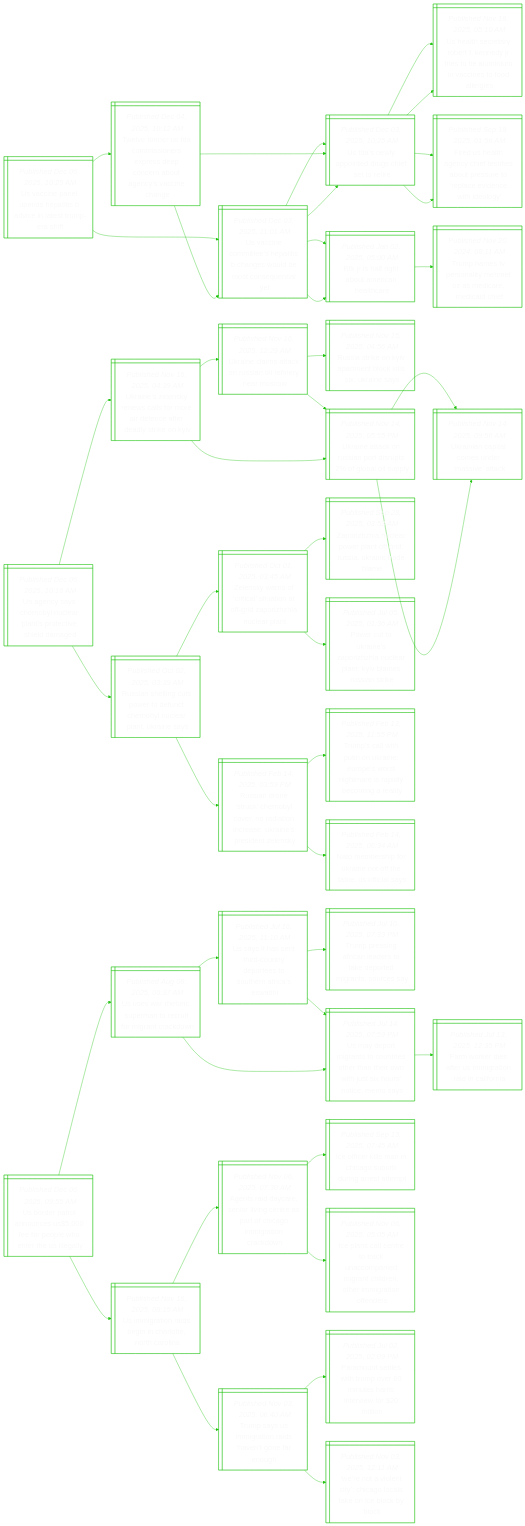
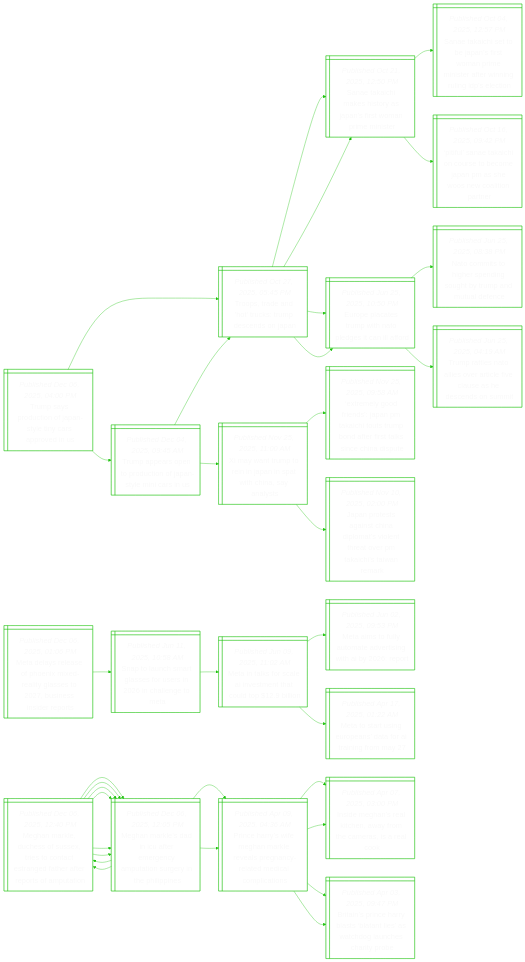
Before and after one commit to notJmes/notJmes: the diagram in README.md, drawn with Mermaid. The commit also changed other lines of this file, not shown here.

````diff
--- a/README.md
+++ b/README.md
@@ -16,136 +16,112 @@
 flowchart LR
 classDef txtsize font-size:20px;
 
-Ucaphiaetrrf@{ shape: win-pane, label: "_Published Dec 06, 2025, 10:25 AM_
-Us vaccine panel upends hepatitis b advice in latest trump-era shift" }
-Ucotethsdssny@{ shape: win-pane, label: "_Published Dec 03, 2025, 11:01 AM_
-Us vaccine committee’s hepatitis b changes would be most consequential yet" }
-Usyidcsre@{ shape: win-pane, label: "_Published Dec 03, 2025, 10:25 AM_
-Us fda’s newly appointed drugs chief set to retire" }
-Ulcreeyituuaeole@{ shape: win-pane, label: "_Published Nov 18, 2025, 05:10 AM_
-Us health secretary robert f. kennedy jr tries to tie aluminium in vaccines to food allergies" }
-FUleheioeepento@{ shape: win-pane, label: "_Published Sep 18, 2025, 01:56 AM_
-Fired us health agency chief testifies about pressure to ‘replace evidence with ideology’" }
-Rifttiec@{ shape: win-pane, label: "_Published Jan 02, 2025, 05:00 AM_
-Rfk jr is half right about american healthcare" }
-TnTsihzdech@{ shape: win-pane, label: "_Published Nov 20, 2024, 08:11 AM_
-Trump names tv personality mehmet oz as medicare, medicaid chief" }
-TeeDmoespeoevnn@{ shape: win-pane, label: "_Published Dec 04, 2025, 10:12 AM_
-Twelve former us fda commissioners express deep concern about agency’s vaccine change" }
-Usyidcsre@{ shape: win-pane, label: "_Published Dec 03, 2025, 10:25 AM_
-Us fda’s newly appointed drugs chief set to retire" }
-Ulcreeyituuaeole@{ shape: win-pane, label: "_Published Nov 18, 2025, 05:10 AM_
-Us health secretary robert f. kennedy jr tries to tie aluminium in vaccines to food allergies" }
-FUleheioeepento@{ shape: win-pane, label: "_Published Sep 18, 2025, 01:56 AM_
-Fired us health agency chief testifies about pressure to ‘replace evidence with ideology’" }
-Ucotethsdssny@{ shape: win-pane, label: "_Published Dec 03, 2025, 11:01 AM_
-Us vaccine committee’s hepatitis b changes would be most consequential yet" }
-Usyidcsre@{ shape: win-pane, label: "_Published Dec 03, 2025, 10:25 AM_
-Us fda’s newly appointed drugs chief set to retire" }
-Rifttiec@{ shape: win-pane, label: "_Published Jan 02, 2025, 05:00 AM_
-Rfk jr is half right about american healthcare" }
+TsrtfnecpeS@{ shape: win-pane, label: "_Published Dec 06, 2025, 04:00 PM_
+Trump says production of japan-style tiny cars approved in us" }
+Tseocussp@{ shape: win-pane, label: "_Published Oct 27, 2025, 05:45 PM_
+Troops, trade and 'hot' trucks: trump descends on japan" }
+STcksaarminr@{ shape: win-pane, label: "_Published Oct 21, 2025, 12:50 PM_
+Sanae takaichi makes history as japan’s first woman prime minister" }
+STctJstnesfignst@{ shape: win-pane, label: "_Published Oct 04, 2025, 12:57 PM_
+Sanae takaichi set to be japan’s first woman prime minister after winning ruling ldp’s election" }
+Puaaorbensoctar@{ shape: win-pane, label: "_Published Oct 16, 2025, 09:42 PM_
+‘pitiful’ sanae takaichi on course to become japan pm as she woos new coalition partner" }
+Eearitdtlo@{ shape: win-pane, label: "_Published Jun 25, 2025, 10:50 PM_
+Europe placates trump with nato pledges it can ill afford" }
+NosgpngTatee@{ shape: win-pane, label: "_Published Jun 25, 2025, 08:38 PM_
+Nato commits to higher spending sought by trump and mutual defence" }
+Treoercvuhcom@{ shape: win-pane, label: "_Published Jun 25, 2025, 04:19 AM_
+Trump rattles nato allies over article five clause as he descends on summit" }
+TarnoiJsmaU@{ shape: win-pane, label: "_Published Dec 04, 2025, 09:45 AM_
+Trump appears open to production of japan-style mini cars in us" }
+Tseocussp@{ shape: win-pane, label: "_Published Oct 27, 2025, 05:45 PM_
+Troops, trade and 'hot' trucks: trump descends on japan" }
+STcksaarminr@{ shape: win-pane, label: "_Published Oct 21, 2025, 12:50 PM_
+Sanae takaichi makes history as japan’s first woman prime minister" }
+Eearitdtlo@{ shape: win-pane, label: "_Published Jun 25, 2025, 10:50 PM_
+Europe placates trump with nato pledges it can ill afford" }
+Xwroiaptnas@{ shape: win-pane, label: "_Published Nov 25, 2025, 11:00 AM_
+Xi may want trump to rein in japan in spat with china, say analysts" }
+EmoiJPatTbfiaihie@{ shape: win-pane, label: "_Published Nov 25, 2025, 09:58 AM_
+‘extremely good friends’: japan pm takaichi touts trump bond after first talks since china dispute" }
+JpsaCdmitarkiwm@{ shape: win-pane, label: "_Published Nov 10, 2025, 02:00 PM_
+Japan protests against china diplomat’s violent threat over pm takaichi’s taiwan remark" }
 
-Ucaphiaetrrf:::txtsize --> Ucotethsdssny:::txtsize
-Ucotethsdssny:::txtsize --> Usyidcsre:::txtsize
-Usyidcsre:::txtsize --> Ulcreeyituuaeole:::txtsize
-Usyidcsre:::txtsize --> FUleheioeepento:::txtsize
-Ucotethsdssny:::txtsize --> Rifttiec:::txtsize
-Rifttiec:::txtsize --> TnTsihzdech:::txtsize
-Ucaphiaetrrf:::txtsize --> TeeDmoespeoevnn:::txtsize
-TeeDmoespeoevnn:::txtsize --> Usyidcsre:::txtsize
-Usyidcsre:::txtsize --> Ulcreeyituuaeole:::txtsize
-Usyidcsre:::txtsize --> FUleheioeepento:::txtsize
-TeeDmoespeoevnn:::txtsize --> Ucotethsdssny:::txtsize
-Ucotethsdssny:::txtsize --> Usyidcsre:::txtsize
-Ucotethsdssny:::txtsize --> Rifttiec:::txtsize
+TsrtfnecpeS:::txtsize --> Tseocussp:::txtsize
+Tseocussp:::txtsize --> STcksaarminr:::txtsize
+STcksaarminr:::txtsize --> STctJstnesfignst:::txtsize
+STcksaarminr:::txtsize --> Puaaorbensoctar:::txtsize
+Tseocussp:::txtsize --> Eearitdtlo:::txtsize
+Eearitdtlo:::txtsize --> NosgpngTatee:::txtsize
+Eearitdtlo:::txtsize --> Treoercvuhcom:::txtsize
+TsrtfnecpeS:::txtsize --> TarnoiJsmaU:::txtsize
+TarnoiJsmaU:::txtsize --> Tseocussp:::txtsize
+Tseocussp:::txtsize --> STcksaarminr:::txtsize
+Tseocussp:::txtsize --> Eearitdtlo:::txtsize
+TarnoiJsmaU:::txtsize --> Xwroiaptnas:::txtsize
+Xwroiaptnas:::txtsize --> EmoiJPatTbfiaihie:::txtsize
+Xwroiaptnas:::txtsize --> JpsaCdmitarkiwm:::txtsize
 
-Unyrlearthde@{ shape: win-pane, label: "_Published Dec 06, 2025, 10:16 AM_
-Un agency says chornobyl nuclear plant’s protective shield damaged" }
-Unlywlmiefesei@{ shape: win-pane, label: "_Published Nov 16, 2025, 04:39 AM_
-Ukraine’s zelensky renews calls for more air defence after deadly strike on kyiv" }
-Unitnilnes@{ shape: win-pane, label: "_Published Nov 16, 2025, 12:29 AM_
-Ukraine claims attack on russian oil refinery near moscow" }
-RakyanclUns@{ shape: win-pane, label: "_Published Nov 15, 2025, 04:56 AM_
-Russia strike on kyiv apartment block kills six, ukraine says" }
-UnaRatufasy@{ shape: win-pane, label: "_Published Nov 14, 2025, 05:55 PM_
-Ukraine attack on russian port disrupts 2% of global oil supply" }
-UnaRatufasy@{ shape: win-pane, label: "_Published Nov 14, 2025, 05:55 PM_
-Ukraine attack on russian port disrupts 2% of global oil supply" }
-Unalsrit@{ shape: win-pane, label: "_Published Nov 14, 2025, 09:56 AM_
-Ukrainian capital comes under ‘massive’ attack" }
-Unalsrit@{ shape: win-pane, label: "_Published Nov 14, 2025, 09:56 AM_
-Ukrainian capital comes under ‘massive’ attack" }
-Ralcooneyllke@{ shape: win-pane, label: "_Published Oct 02, 2025, 03:39 AM_
-Russian shelling cuts power to defunct chernobyl nuclear plant, ukraine says" }
-Zsrcctofdrhcp@{ shape: win-pane, label: "_Published Oct 01, 2025, 03:45 AM_
-Zelensky warns of ‘critical’ situation at off-grid zaporizhzhia nuclear plant" }
-Ziilolfdiarl@{ shape: win-pane, label: "_Published Sep 28, 2025, 03:53 AM_
-Zaporizhzhia nuclear power plant off grid; russia, ukraine trade blame" }
-PcUnphnanvest@{ shape: win-pane, label: "_Published Jul 05, 2025, 01:36 AM_
-Power cut to ukraine’s zaporizhzhia nuclear plant; kyiv blames russian strike" }
-Ranueyeaiceirely@{ shape: win-pane, label: "_Published Feb 14, 2025, 03:59 PM_
-Russian drone ‘struck’ chernobyl cover, no radiation increase: ukraine’s president zelensky" }
-Tswunirwnmsdcgl@{ shape: win-pane, label: "_Published Feb 13, 2025, 11:55 PM_
-Trump’s call with putin on ukraine: europe’s worst nightmare is rapidly becoming a reality" }
-Nesoaotboiy@{ shape: win-pane, label: "_Published Feb 14, 2025, 06:34 AM_
-Nato membership for ukraine not off the table, us official says" }
+MershxdiatiIeo@{ shape: win-pane, label: "_Published Dec 06, 2025, 01:06 PM_
+Meta delays release of phoenix mixed-reality glasses to 2027, business insider reports" }
+Socrsornlta@{ shape: win-pane, label: "_Published Jun 11, 2025, 10:58 AM_
+Snap to launch smart glasses for users in 2026 in challenge to meta" }
+MnscIstctl@{ shape: win-pane, label: "_Published Jun 09, 2025, 11:02 AM_
+Meta in talks for scale ai investment that could top $12.9 billion" }
+Mifaavsibo@{ shape: win-pane, label: "_Published Jun 02, 2025, 09:53 PM_
+Meta aims to fully automate advertising with ai by 2026: report" }
+Motgpdornm@{ shape: win-pane, label: "_Published Apr 17, 2025, 01:22 AM_
+Meta to start using europeans’ data for ai training from may 27" }
 
-Unyrlearthde:::txtsize --> Unlywlmiefesei:::txtsize
-Unlywlmiefesei:::txtsize --> Unitnilnes:::txtsize
-Unitnilnes:::txtsize --> RakyanclUns:::txtsize
-Unitnilnes:::txtsize --> UnaRatufasy:::txtsize
-Unlywlmiefesei:::txtsize --> UnaRatufasy:::txtsize
-UnaRatufasy:::txtsize --> Unalsrit:::txtsize
-UnaRatufasy:::txtsize --> Unalsrit:::txtsize
-Unyrlearthde:::txtsize --> Ralcooneyllke:::txtsize
-Ralcooneyllke:::txtsize --> Zsrcctofdrhcp:::txtsize
-Zsrcctofdrhcp:::txtsize --> Ziilolfdiarl:::txtsize
-Zsrcctofdrhcp:::txtsize --> PcUnphnanvest:::txtsize
-Ralcooneyllke:::txtsize --> Ranueyeaiceirely:::txtsize
-Ranueyeaiceirely:::txtsize --> Tswunirwnmsdcgl:::txtsize
-Ranueyeaiceirely:::txtsize --> Nesoaotboiy:::txtsize
+MershxdiatiIeo:::txtsize --> Socrsornlta:::txtsize
+Socrsornlta:::txtsize --> MnscIstctl:::txtsize
+MnscIstctl:::txtsize --> Mifaavsibo:::txtsize
+MnscIstctl:::txtsize --> Motgpdornm:::txtsize
 
-Udtncfrletia@{ shape: win-pane, label: "_Published Dec 06, 2025, 09:55 AM_
-Us border patrol announces us$5,000 fee for people who enter the us illegally" }
-Ushietrorro@{ shape: win-pane, label: "_Published Aug 08, 2025, 06:37 AM_
-Us uses war rhetoric, superman to recruit for migrant crackdown" }
-Usstcrosuncwi@{ shape: win-pane, label: "_Published Jul 16, 2025, 11:10 AM_
-Us says it has sent third-country deportees to southern africa’s eswatini" }
-Tpirlrapdaos@{ shape: win-pane, label: "_Published Jul 10, 2025, 07:33 PM_
-Trump pressing african leaders to take deported migrants, sources say" }
-Udtaotothwhsutey@{ shape: win-pane, label: "_Published Jul 14, 2025, 07:59 PM_
-Us may deport migrants to countries other than their own with just six hours’ notice, memo says" }
-Udtaotothwhsutey@{ shape: win-pane, label: "_Published Jul 14, 2025, 07:59 PM_
-Us may deport migrants to countries other than their own with just six hours’ notice, memo says" }
-FodfSgodln@{ shape: win-pane, label: "_Published Jul 13, 2025, 12:35 PM_
-Farm worker dies after us immigration raid in california" }
-UiiigCooan@{ shape: win-pane, label: "_Published Nov 16, 2025, 08:15 AM_
-Us immigration raids begin in charlotte, north carolina" }
-Asdriveatiirnk@{ shape: win-pane, label: "_Published Nov 06, 2025, 07:30 AM_
-Agents raid daycare, senior living centre as part of chicago immigration crackdown" }
-IfkmCgurrap@{ shape: win-pane, label: "_Published Sep 13, 2025, 07:45 AM_
-Ice officer kills man in chicago suburb during arrest attempt" }
-Ialttuoigcrhmtfe@{ shape: win-pane, label: "_Published Nov 06, 2025, 05:05 AM_
-Ice plans call centre to track unaccompanied migrant children, other immigration offenders" }
-TsSgodeneh@{ shape: win-pane, label: "_Published Nov 03, 2025, 06:40 AM_
-Trump says us immigration raids ‘haven’t gone far enough’" }
-PoesToisiewin@{ shape: win-pane, label: "_Published Jul 02, 2025, 02:09 PM_
-Paramount settles with trump over 60 minutes harris interview for $20 million" }
-WoocholeEko@{ shape: win-pane, label: "_Published Nov 03, 2025, 12:11 AM_
-‘we’re not a violent city’: chicago locals take on ice block by block" }
+Mnlhfeeotafrrraa@{ shape: win-pane, label: "_Published Dec 06, 2025, 12:40 PM_
+Meghan markle, duchess of sussex, tries to contact estranged father after reports of amputation" }
+MnldUrgaasrhln@{ shape: win-pane, label: "_Published Dec 06, 2025, 12:05 PM_
+Meghan markle’s dad in icu after emergency amputation surgery in the philippines" }
+Mnlhfeeotafrrraa@{ shape: win-pane, label: "_Published Dec 06, 2025, 12:40 PM_
+Meghan markle, duchess of sussex, tries to contact estranged father after reports of amputation" }
+MnldUrgaasrhln@{ shape: win-pane, label: "_Published Dec 06, 2025, 12:05 PM_
+Meghan markle’s dad in icu after emergency amputation surgery in the philippines" }
+MnldUrgaasrhln@{ shape: win-pane, label: "_Published Dec 06, 2025, 12:05 PM_
+Meghan markle’s dad in icu after emergency amputation surgery in the philippines" }
+Peyeakvpaedcmas@{ shape: win-pane, label: "_Published Apr 09, 2025, 04:36 AM_
+Prince harry’s wife meghan markle reveals pregnancy-related medical complications" }
+Ieaacwocaro@{ shape: win-pane, label: "_Published Apr 07, 2025, 03:00 PM_
+Inside meghan’s real kitchen, away from the cameras, is a real cook" }
+Biialbnstgchye@{ shape: win-pane, label: "_Published Apr 03, 2025, 09:47 PM_
+Britain’s prince harry blasts ‘blatant lies’ as watchdog launches charity probe" }
+MnldUrgaasrhln@{ shape: win-pane, label: "_Published Dec 06, 2025, 12:05 PM_
+Meghan markle’s dad in icu after emergency amputation surgery in the philippines" }
+Mnlhfeeotafrrraa@{ shape: win-pane, label: "_Published Dec 06, 2025, 12:40 PM_
+Meghan markle, duchess of sussex, tries to contact estranged father after reports of amputation" }
+MnldUrgaasrhln@{ shape: win-pane, label: "_Published Dec 06, 2025, 12:05 PM_
+Meghan markle’s dad in icu after emergency amputation surgery in the philippines" }
+MnldUrgaasrhln@{ shape: win-pane, label: "_Published Dec 06, 2025, 12:05 PM_
+Meghan markle’s dad in icu after emergency amputation surgery in the philippines" }
+Peyeakvpaedcmas@{ shape: win-pane, label: "_Published Apr 09, 2025, 04:36 AM_
+Prince harry’s wife meghan markle reveals pregnancy-related medical complications" }
+Ieaacwocaro@{ shape: win-pane, label: "_Published Apr 07, 2025, 03:00 PM_
+Inside meghan’s real kitchen, away from the cameras, is a real cook" }
+Biialbnstgchye@{ shape: win-pane, label: "_Published Apr 03, 2025, 09:47 PM_
+Britain’s prince harry blasts ‘blatant lies’ as watchdog launches charity probe" }
 
-Udtncfrletia:::txtsize --> Ushietrorro:::txtsize
-Ushietrorro:::txtsize --> Usstcrosuncwi:::txtsize
-Usstcrosuncwi:::txtsize --> Tpirlrapdaos:::txtsize
-Usstcrosuncwi:::txtsize --> Udtaotothwhsutey:::txtsize
-Ushietrorro:::txtsize --> Udtaotothwhsutey:::txtsize
-Udtaotothwhsutey:::txtsize --> FodfSgodln:::txtsize
-Udtncfrletia:::txtsize --> UiiigCooan:::txtsize
-UiiigCooan:::txtsize --> Asdriveatiirnk:::txtsize
-Asdriveatiirnk:::txtsize --> IfkmCgurrap:::txtsize
-Asdriveatiirnk:::txtsize --> Ialttuoigcrhmtfe:::txtsize
-UiiigCooan:::txtsize --> TsSgodeneh:::txtsize
-TsSgodeneh:::txtsize --> PoesToisiewin:::txtsize
-TsSgodeneh:::txtsize --> WoocholeEko:::txtsize
+Mnlhfeeotafrrraa:::txtsize --> MnldUrgaasrhln:::txtsize
+MnldUrgaasrhln:::txtsize --> Mnlhfeeotafrrraa:::txtsize
+Mnlhfeeotafrrraa:::txtsize --> MnldUrgaasrhln:::txtsize
+Mnlhfeeotafrrraa:::txtsize --> MnldUrgaasrhln:::txtsize
+MnldUrgaasrhln:::txtsize --> Peyeakvpaedcmas:::txtsize
+Peyeakvpaedcmas:::txtsize --> Ieaacwocaro:::txtsize
+Peyeakvpaedcmas:::txtsize --> Biialbnstgchye:::txtsize
+Mnlhfeeotafrrraa:::txtsize --> MnldUrgaasrhln:::txtsize
+MnldUrgaasrhln:::txtsize --> Mnlhfeeotafrrraa:::txtsize
+Mnlhfeeotafrrraa:::txtsize --> MnldUrgaasrhln:::txtsize
+Mnlhfeeotafrrraa:::txtsize --> MnldUrgaasrhln:::txtsize
+MnldUrgaasrhln:::txtsize --> Peyeakvpaedcmas:::txtsize
+Peyeakvpaedcmas:::txtsize --> Ieaacwocaro:::txtsize
+Peyeakvpaedcmas:::txtsize --> Biialbnstgchye:::txtsize
 
 ```
````
